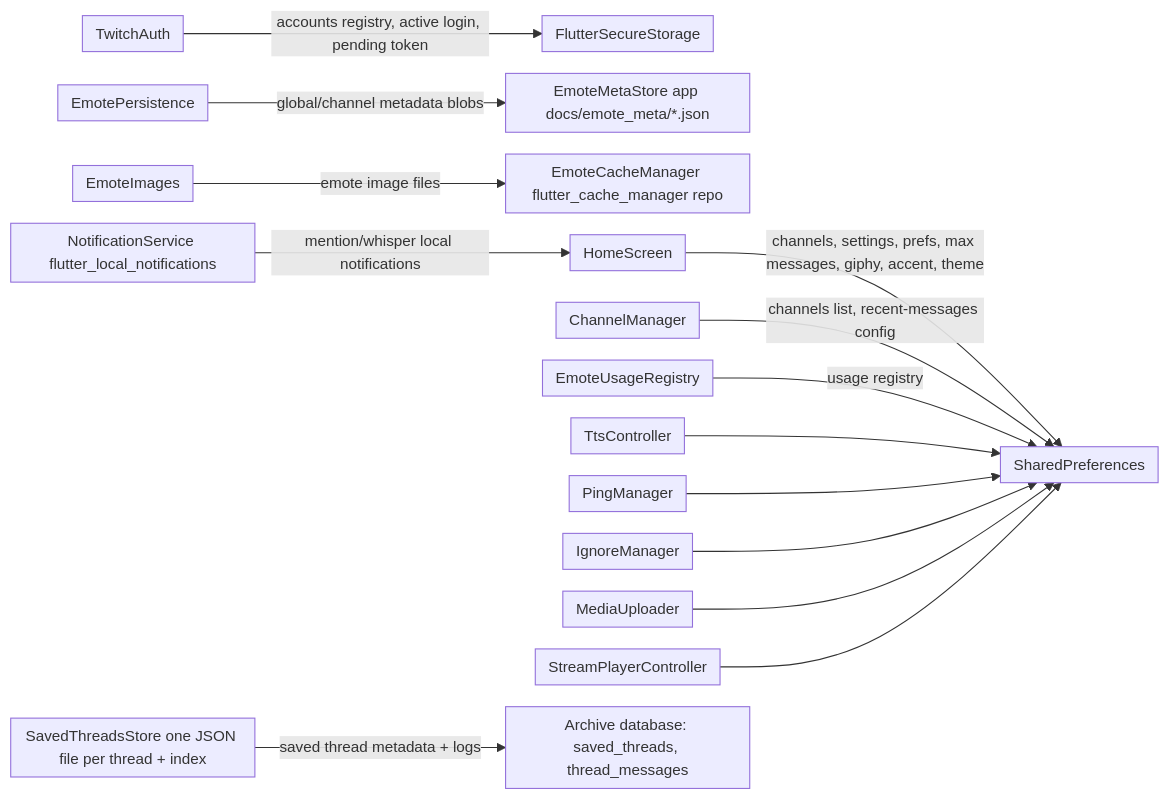
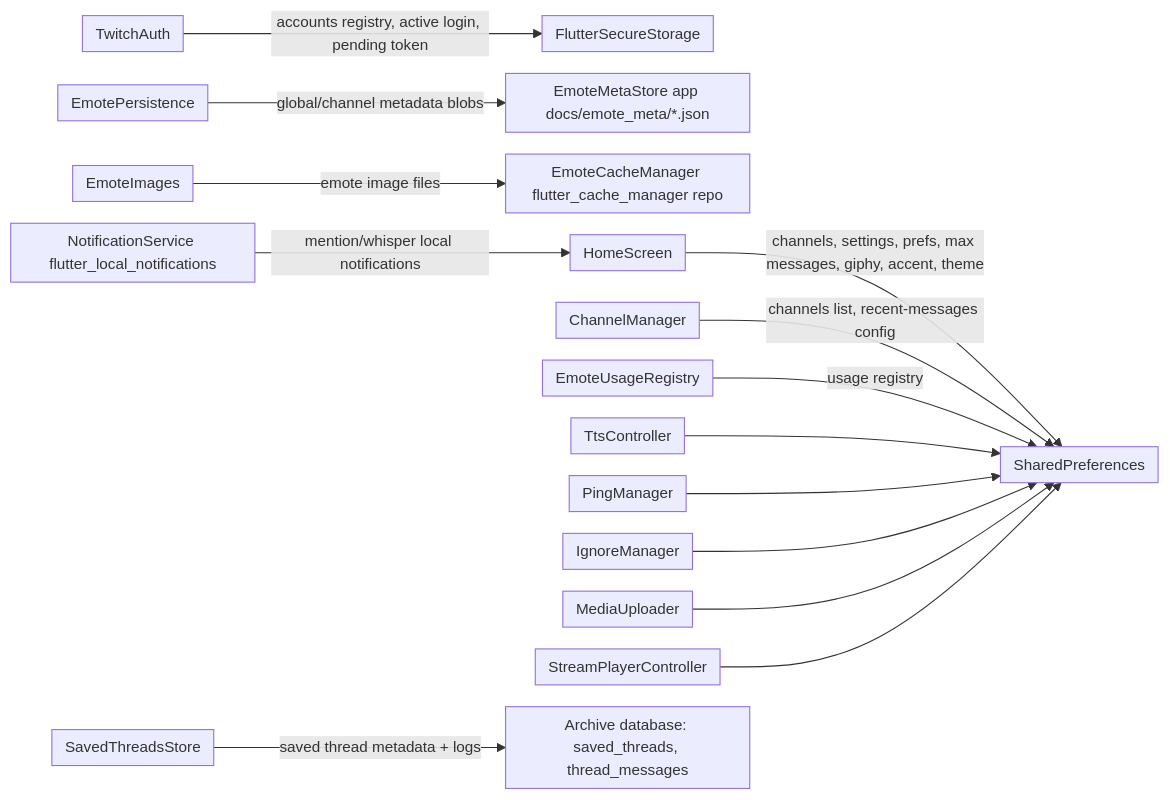
One commit to banan-guh/ErmChat changed the eighth of 8 diagrams in docs/ARCHITECTURE.md. Above: the diagram before and after it, drawn with Mermaid. The commit also changed other lines of this file and 5 other files, not shown here.

Commit message:
refactor: drop saved thread migration

````diff
--- a/docs/ARCHITECTURE.md
+++ b/docs/ARCHITECTURE.md
@@ -312,24 +312,24 @@
 ```mermaid
 %%{init: {"flowchart": {"useMaxWidth": true, "nodeSpacing": 20, "rankSpacing": 30, "padding": 6}, "themeVariables": {"fontSize": "14px"}}}%%
 flowchart LR
   prefs["SharedPreferences"]
   secure["FlutterSecureStorage"]
   meta["EmoteMetaStore app docs/emote_meta/*.json"]
-  threads["SavedThreadsStore one JSON file per thread + index"]
+  threads["SavedThreadsStore"]
   cache["EmoteCacheManager flutter_cache_manager repo"]
   notif["NotificationService flutter_local_notifications"]
 
   home["HomeScreen"] -->|channels, settings, prefs, max messages, giphy, accent, theme| prefs
   channelmgr["ChannelManager"] -->|channels list, recent-messages config| prefs
   auth["TwitchAuth"] -->|accounts registry, active login, pending token| secure
   usage["EmoteUsageRegistry"] -->|usage registry| prefs
   persist["EmotePersistence"] -->|global/channel metadata blobs| meta
   images["EmoteImages"] -->|emote image files| cache
   tts["TtsController"] --> prefs
   ping["PingManager"] --> prefs
   ignore["IgnoreManager"] --> prefs
   uploader["MediaUploader"] --> prefs
   stream["StreamPlayerController"] --> prefs
   threads -->|saved thread metadata + logs| appfiles["Archive database: saved_threads, thread_messages"]
   notif -->|mention/whisper local notifications| home
 ```
````
